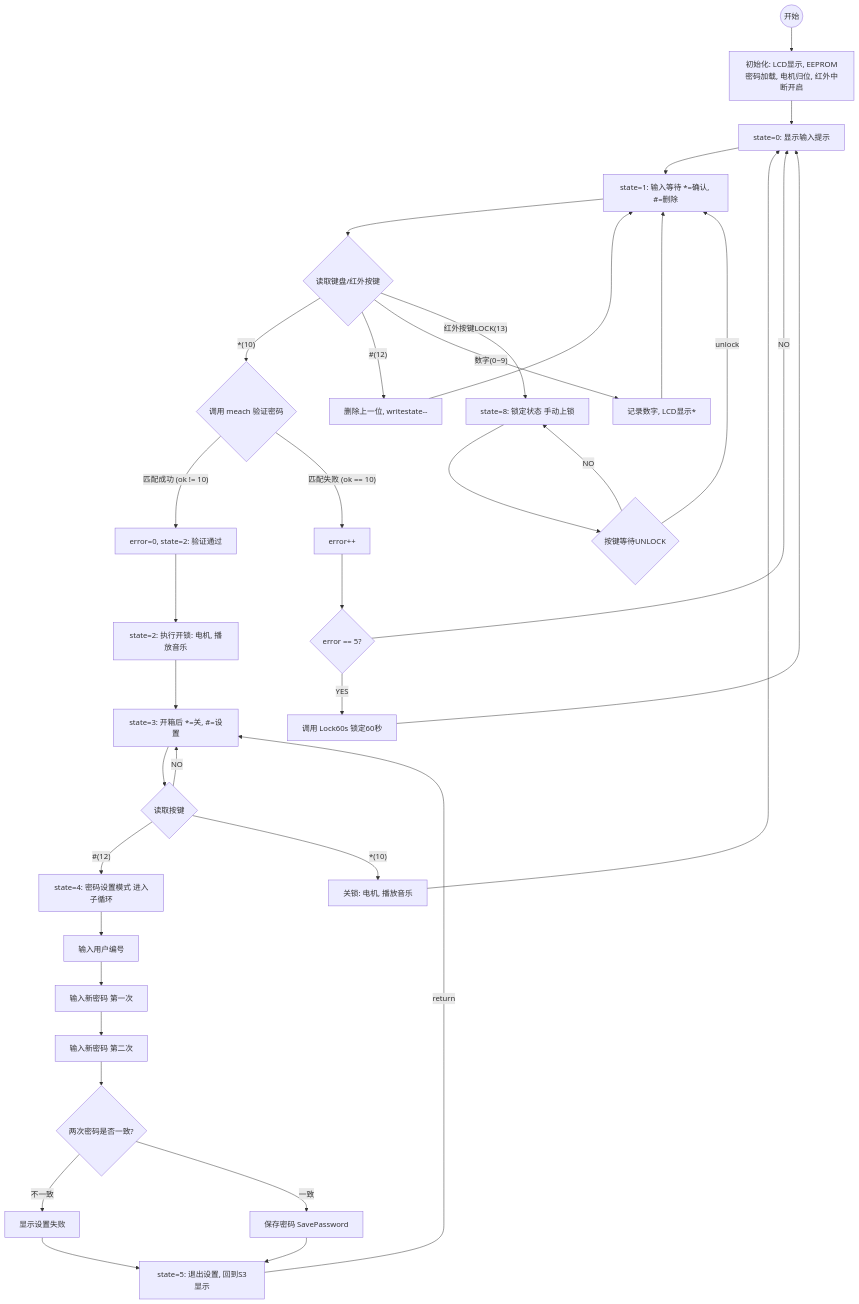
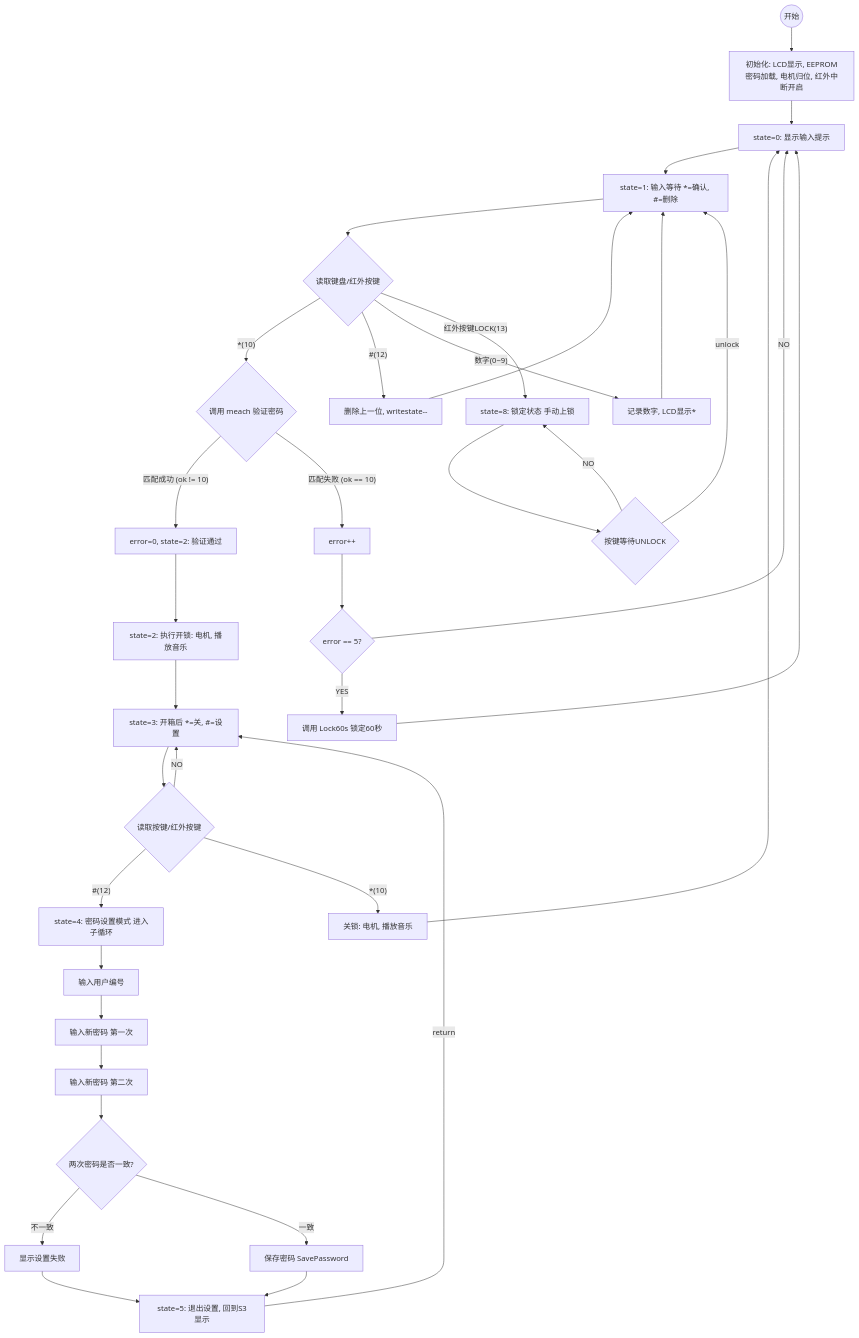
The diagram in all/未命名-2.md (ksxyh-22/iodraw-files), drawn with Mermaid before and after one commit.

Commit message:
2025-10-11 11:33:03 update

````diff
--- a/all/未命名-2.md
+++ b/all/未命名-2.md
@@ -1,80 +1,80 @@
 ```mermaid
 graph TD
     %% 状态机主流程
     START((开始)) --> INIT[初始化: LCD显示, EEPROM密码加载, 电机归位, 红外中断开启];
     INIT --> S0[state=0: 显示输入提示];
 
     %% 状态 1: 密码输入与验证 (主流程)
     S0 --> S1[state=1: 输入等待 *=确认, #=删除];
     
     S1 --> INPUT{读取键盘/红外按键};
     
     %% 验证分支
     INPUT -- *(10) --> VERIFY{调用 meach 验证密码};
 
 
     INPUT -- #(12) --> DELETE[删除上一位, writestate--];
     DELETE --> S1;
 
     
 
     %% 处理输入分支
     INPUT -- 数字(0~9) --> DIGIT[记录数字, LCD显示*];
     DIGIT --> S1;
 
     
 
     
 
     
     VERIFY -- 匹配成功 (ok != 10) --> S2_SUCCESS[error=0, state=2: 验证通过];
     
     %% 失败和错误处理 (分支到右侧)
     VERIFY -- 匹配失败 (ok == 10) --> ERROR_COUNT[error++];
     
     ERROR_COUNT --> CHECK_ERRORS{error == 5?};
     
     CHECK_ERRORS -- NO --> S0;
 
     CHECK_ERRORS -- YES --> LOCK_60s[调用 Lock60s 锁定60秒];
     LOCK_60s --> S0;
 
     %% 状态 2, 3, 5: 开锁后的操作 (主流程)
     S2_SUCCESS --> S2_OPEN[state=2: 执行开锁: 电机, 播放音乐];
     S2_OPEN --> S3[state=3: 开箱后 *=关, #=设置];
 
-    S3 --> POST_KEY{读取按键};
+    S3 --> POST_KEY{读取按键/红外按键};
     
     POST_KEY -- NO --> S3;
     
     POST_KEY -- #(12) --> S4[state=4: 密码设置模式 进入子循环];
 
     POST_KEY -- *(10) --> S3_CLOSE[关锁: 电机, 播放音乐];
     S3_CLOSE --> S0;
     
     
 
     %% 状态 4: 密码设置 (子流程)
     S4 --> S4_USER[输入用户编号];
     S4_USER --> S4_PASS1[输入新密码 第一次];
     S4_PASS1 --> S4_PASS2[输入新密码 第二次];
 
     S4_PASS2 --> S4_CHECK{两次密码是否一致?};
     
     S4_CHECK -- 不一致 --> S4_FAIL[显示设置失败];
     S4_FAIL --> S5[state=5: 退出设置, 回到S3显示];
 
     S4_CHECK -- 一致 --> S4_SAVE[保存密码 SavePassword];
     S4_SAVE --> S5;
     
     S5 -- return --> S3; 
     
     %% 手动锁定 (分支到右侧)
     INPUT -- 红外按键LOCK(13) --> S8;
 
     %% 状态 8: 锁定状态 (独立循环)
     S8[state=8: 锁定状态 手动上锁] --> S8_WAIT{按键等待UNLOCK};
     
     S8_WAIT -- NO --> S8;
     S8_WAIT -- unlock --> S1;
 ```
````
